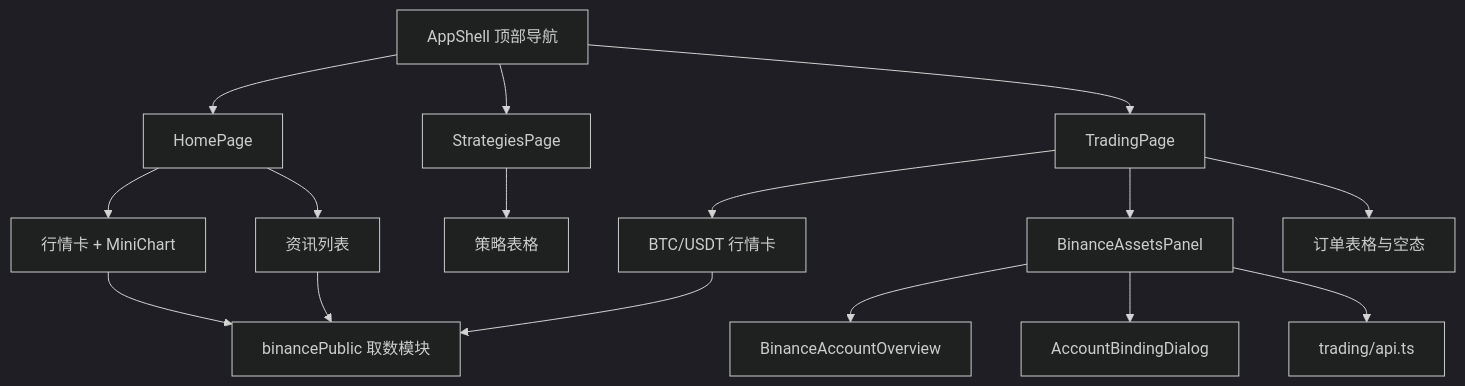
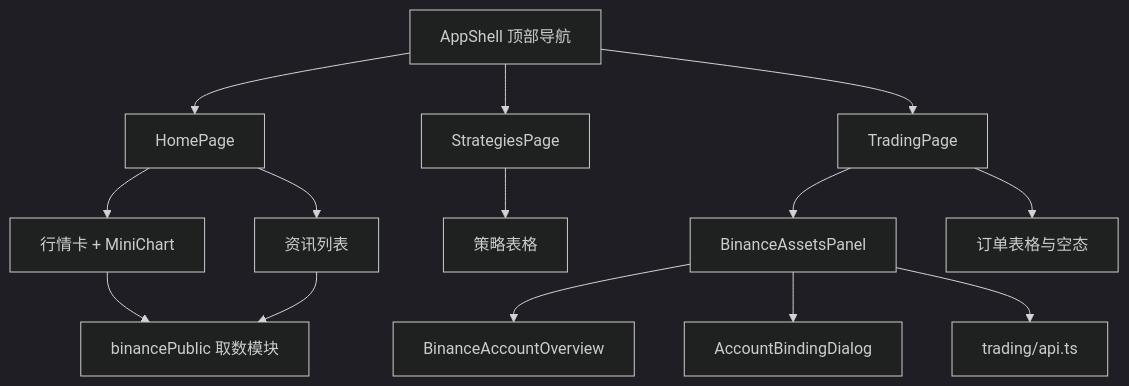
The diagram in docs/frontend/2026-09-21-web-three-page-design.md (jelven007/AutomotiveTrading), drawn with Mermaid (dark theme) before and after one commit. The commit also changed other lines of this file and 11 other files, not shown here.

````diff
--- a/docs/frontend/2026-09-21-web-three-page-design.md
+++ b/docs/frontend/2026-09-21-web-three-page-design.md
@@ -70,18 +67,16 @@
 ```mermaid
 flowchart TD
     Shell[AppShell 顶部导航] --> Home[HomePage]
     Shell --> Strat[StrategiesPage]
     Shell --> Trade[TradingPage]
     Home --> Market[行情卡 + MiniChart]
     Home --> News[资讯列表]
     Strat --> StrategyTable[策略表格]
-    Trade --> Spot[BTC/USDT 行情卡]
     Trade --> Assets[BinanceAssetsPanel]
     Trade --> Orders[订单表格与空态]
     Assets --> Overview[BinanceAccountOverview]
     Assets --> Binding[AccountBindingDialog]
     Market --> Pub[binancePublic 取数模块]
-    Spot --> Pub
     News --> Pub
     Assets --> TradingApi[trading/api.ts]
 ```
````
